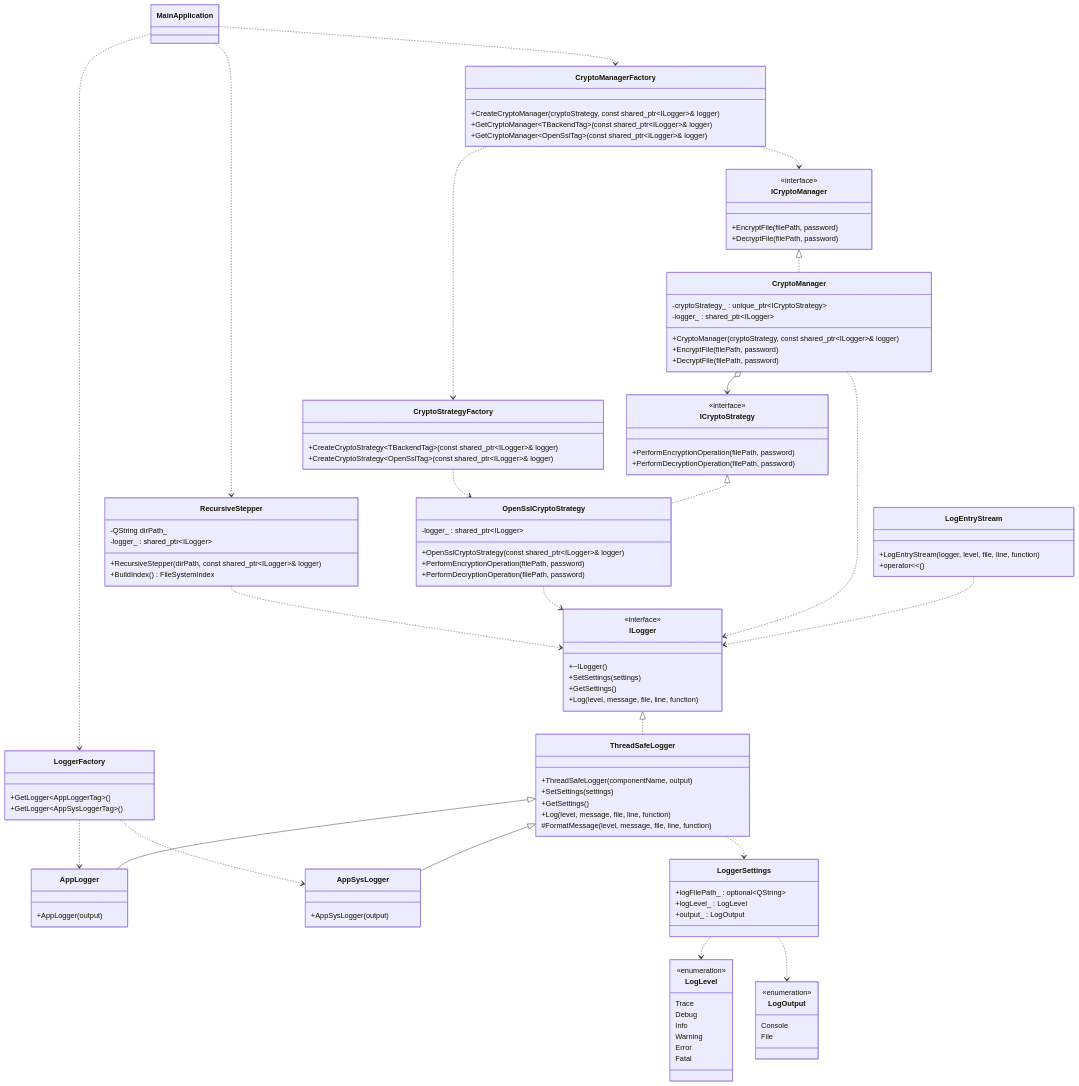
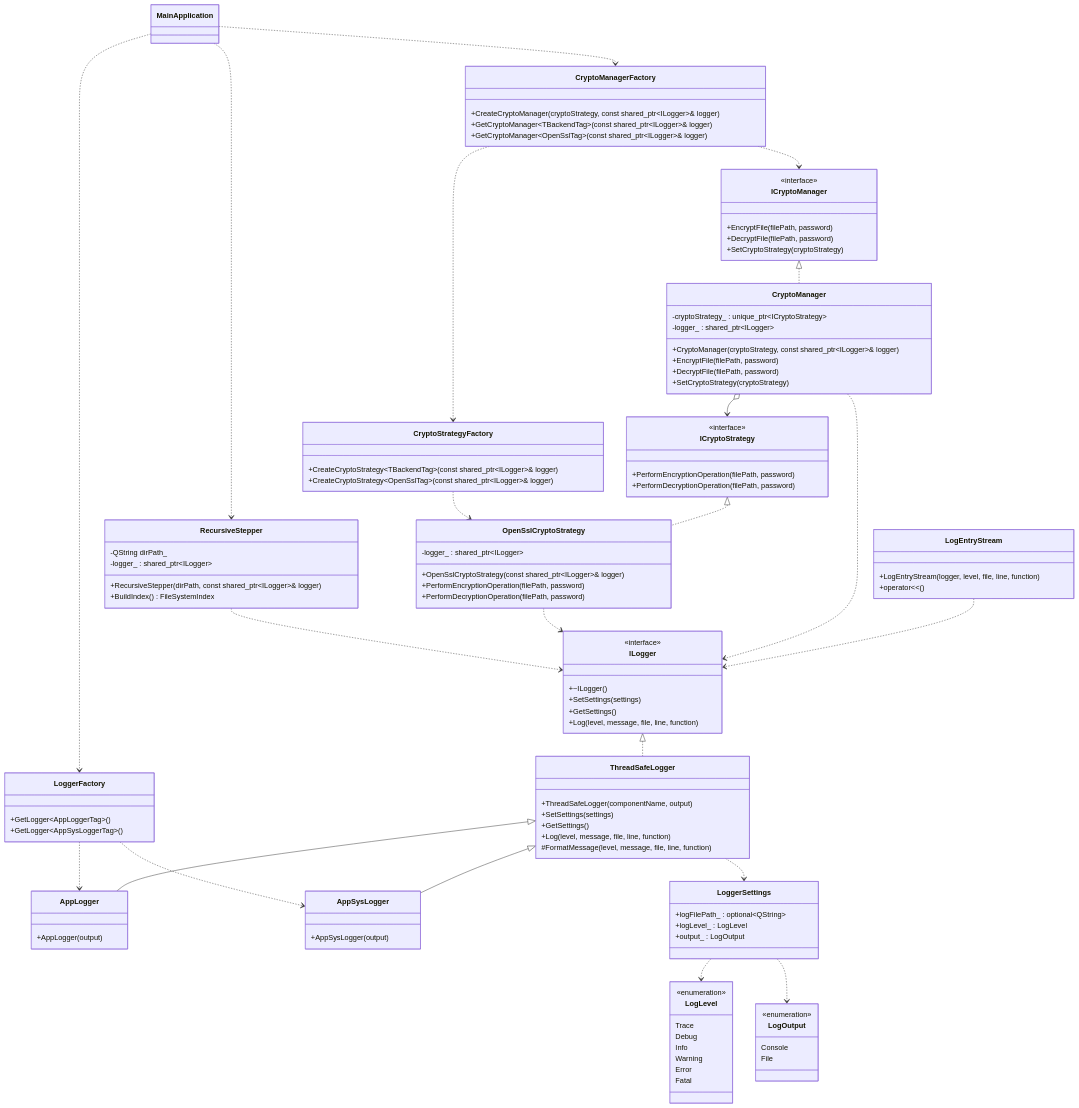
Before and after one commit to artoshechka/development_of_information_security_tools: the diagram in README.md, drawn with Mermaid.

Commit message:
fix readme uml diag

```diff
--- a/README.md
+++ b/README.md
@@ -92,6 +92,7 @@
         <<interface>>
         +EncryptFile(filePath, password)
         +DecryptFile(filePath, password)
+        +SetCryptoStrategy(cryptoStrategy)
     }
 
     class CryptoManager {
@@ -100,6 +101,7 @@
         +CryptoManager(cryptoStrategy, const shared_ptr~ILogger~& logger)
         +EncryptFile(filePath, password)
         +DecryptFile(filePath, password)
+        +SetCryptoStrategy(cryptoStrategy)
     }
 
     class CryptoStrategyFactory {
```
